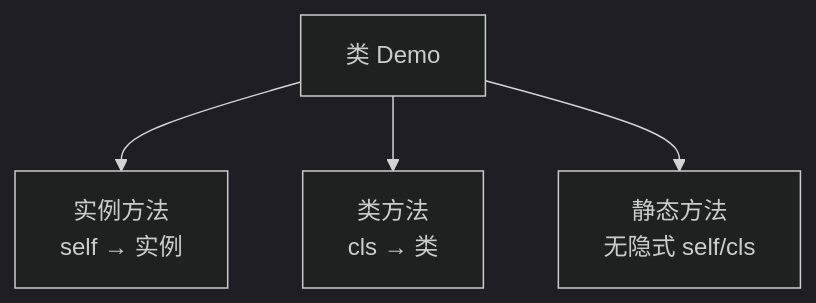
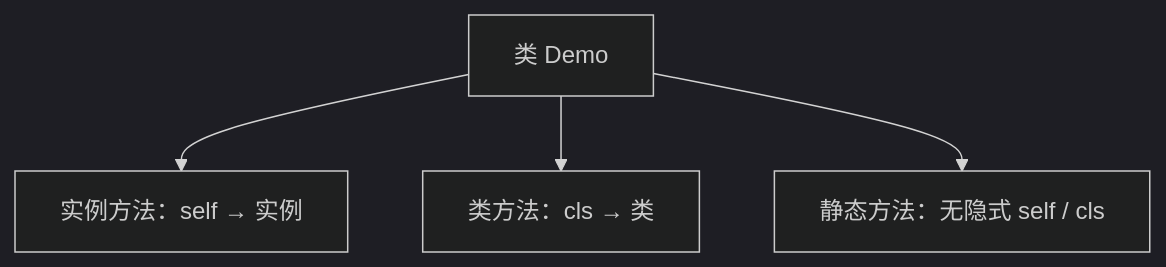
The third of 3 diagrams in review/08-面向对象-魔术方法-图解与自测.md (studyzhige-ui/python-interview-handbook), drawn with Mermaid (dark theme) before and after one commit. The commit also changed other lines of this file and 11 other files, not shown here.

First line of the commit message:
fix: repair Mermaid rendering across review chapters

````diff
--- a/review/08-面向对象-魔术方法-图解与自测.md
+++ b/review/08-面向对象-魔术方法-图解与自测.md
@@ -26,6 +26,6 @@
 ```mermaid
 flowchart TD
-    C[类 Demo] --> I[实例方法<br/>self → 实例]
-    C --> CL[类方法<br/>cls → 类]
-    C --> ST[静态方法<br/>无隐式 self/cls]
+    C["类 Demo"] --> I["实例方法：self → 实例"]
+    C --> CL["类方法：cls → 类"]
+    C --> ST["静态方法：无隐式 self / cls"]
 ```
````
